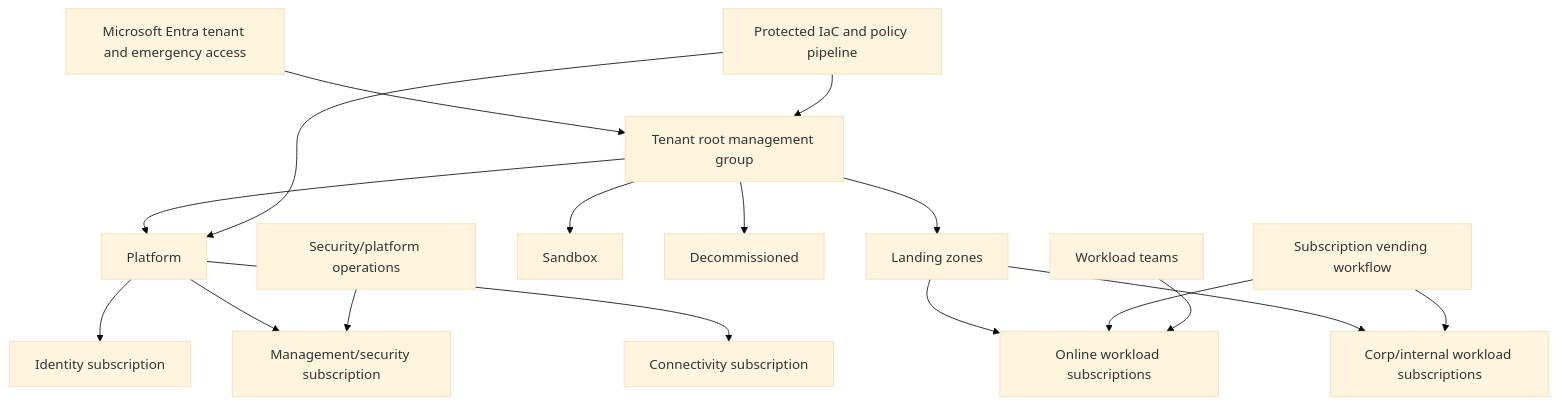
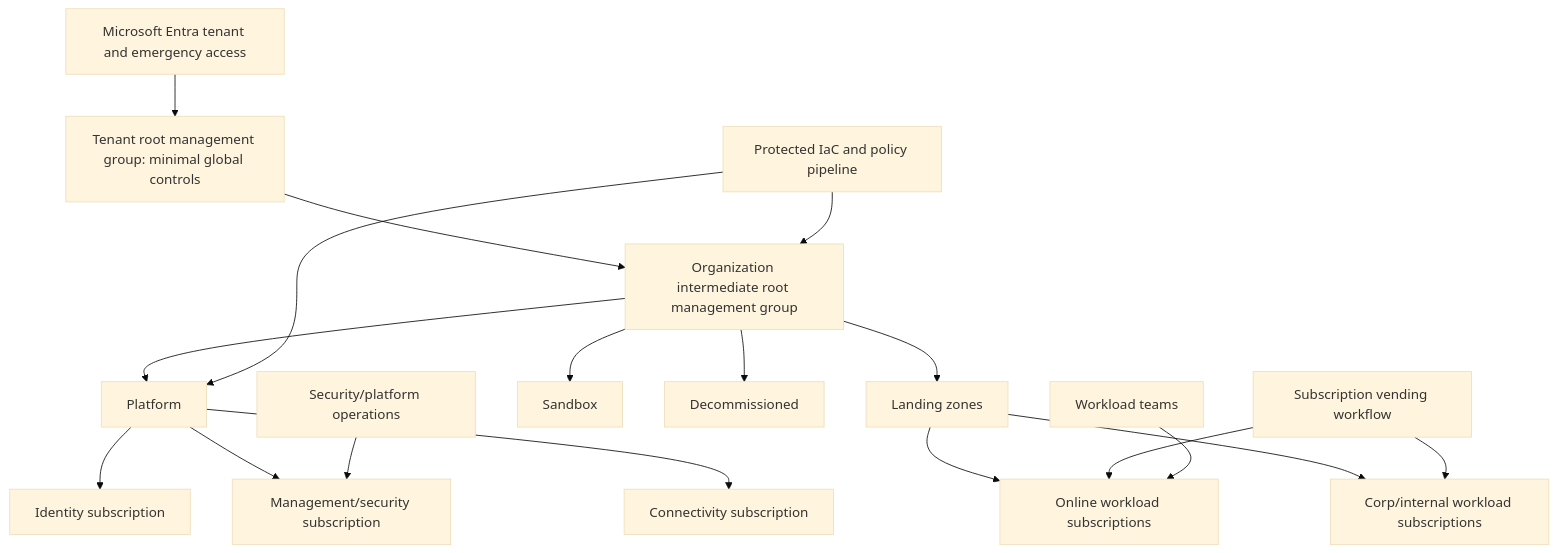
Before and after one commit to jasonachkar/cybersecurity-writeups: the diagram in docs/tutorials/azure-landing-zone/README.md, drawn with Mermaid (base theme). The commit also changed other lines of this file and 16 other files, not shown here.

Commit message:
fix: correct SecureObs architecture and provenance trust model

````diff
--- a/docs/tutorials/azure-landing-zone/README.md
+++ b/docs/tutorials/azure-landing-zone/README.md
@@ -88,19 +90,20 @@
 ```mermaid
 flowchart TB
-  E["Microsoft Entra tenant and emergency access"] --> R["Tenant root management group"]
+  E["Microsoft Entra tenant and emergency access"] --> T["Tenant root management group: minimal global controls"]
+  T --> R["Organization intermediate root management group"]
   R --> P["Platform"]
   R --> L["Landing zones"]
   R --> S["Sandbox"]
   R --> D["Decommissioned"]
   P --> I["Identity subscription"]
   P --> M["Management/security subscription"]
   P --> C["Connectivity subscription"]
   L --> O["Online workload subscriptions"]
   L --> K["Corp/internal workload subscriptions"]
   V["Subscription vending workflow"] --> O
   V --> K
   G["Protected IaC and policy pipeline"] --> R
   G --> P
   W["Workload teams"] --> O
   X["Security/platform operations"] --> M
 ```
````
